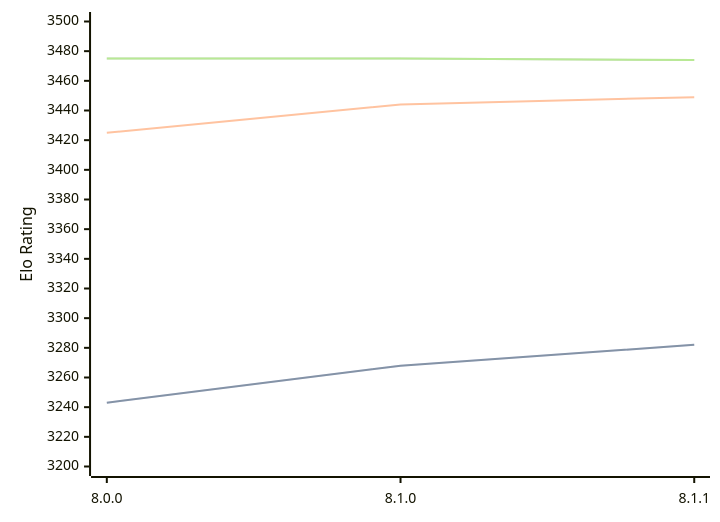
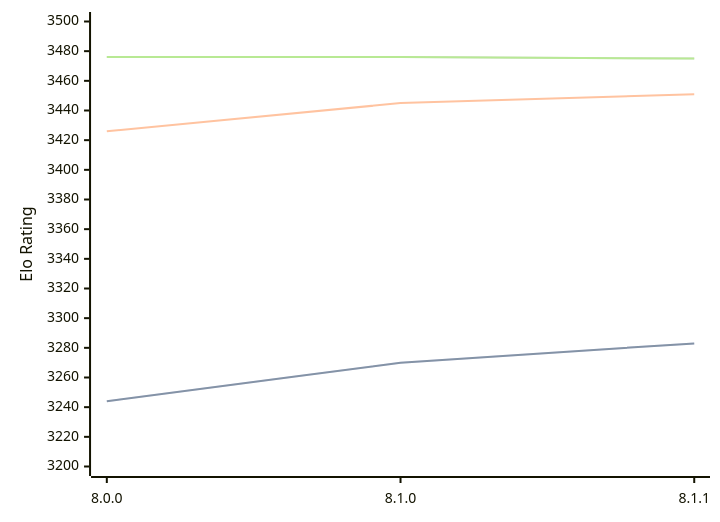
Before and after one commit to computer-chess-index/cci: the diagram in engines/Velvet.md, drawn with Mermaid. The commit also changed other lines of this file, not shown here.

Commit message:
Update CCI Ratings (ELO VLTC) - 2026-09-08

````diff
--- a/engines/Velvet.md
+++ b/engines/Velvet.md
@@ -33,11 +33,11 @@
 ```mermaid
 %%{init: {"theme":"base","themeVariables":{"seriesColors:['#a3a3a3','#222221','#faa371']}}}%%
 xychart-beta
   x-axis ["8.0.0", "8.1.0", "8.1.1"]
   y-axis "Elo Rating" 3200 --> 3500
-  line "" [3243, 3268, 3282]
-  line "STC (8.0+0.08s)" [3243, 3268, 3282]
-  line "LTC (60.0+0.60s)" [3425, 3444, 3449]
-  line "" [3475, 3475, 3474]
-  line "VLTC (2m24s+1.12s)" [3475, 3475, 3474]
+  line "" [3244, 3270, 3283]
+  line "STC (8.0+0.08s)" [3244, 3270, 3283]
+  line "LTC (60.0+0.60s)" [3426, 3445, 3451]
+  line "" [3476, 3476, 3475]
+  line "VLTC (2m24s+1.12s)" [3476, 3476, 3475]
 ```
````
